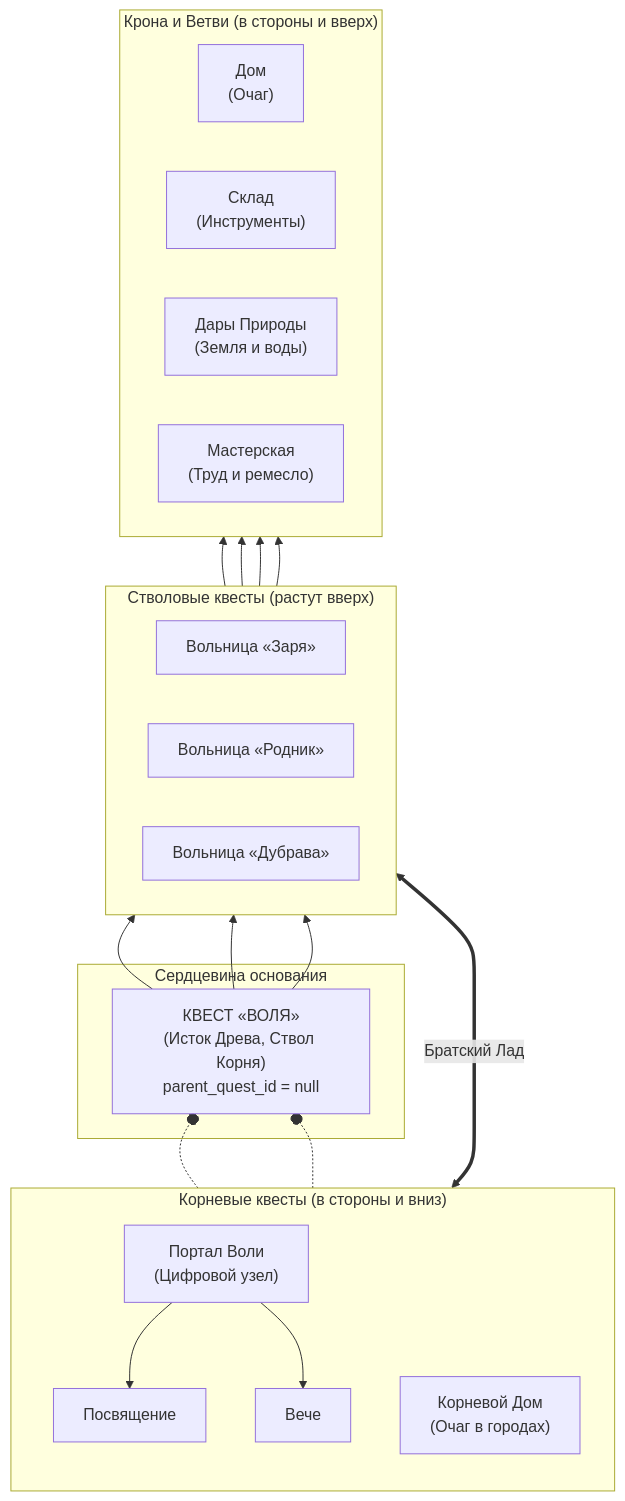
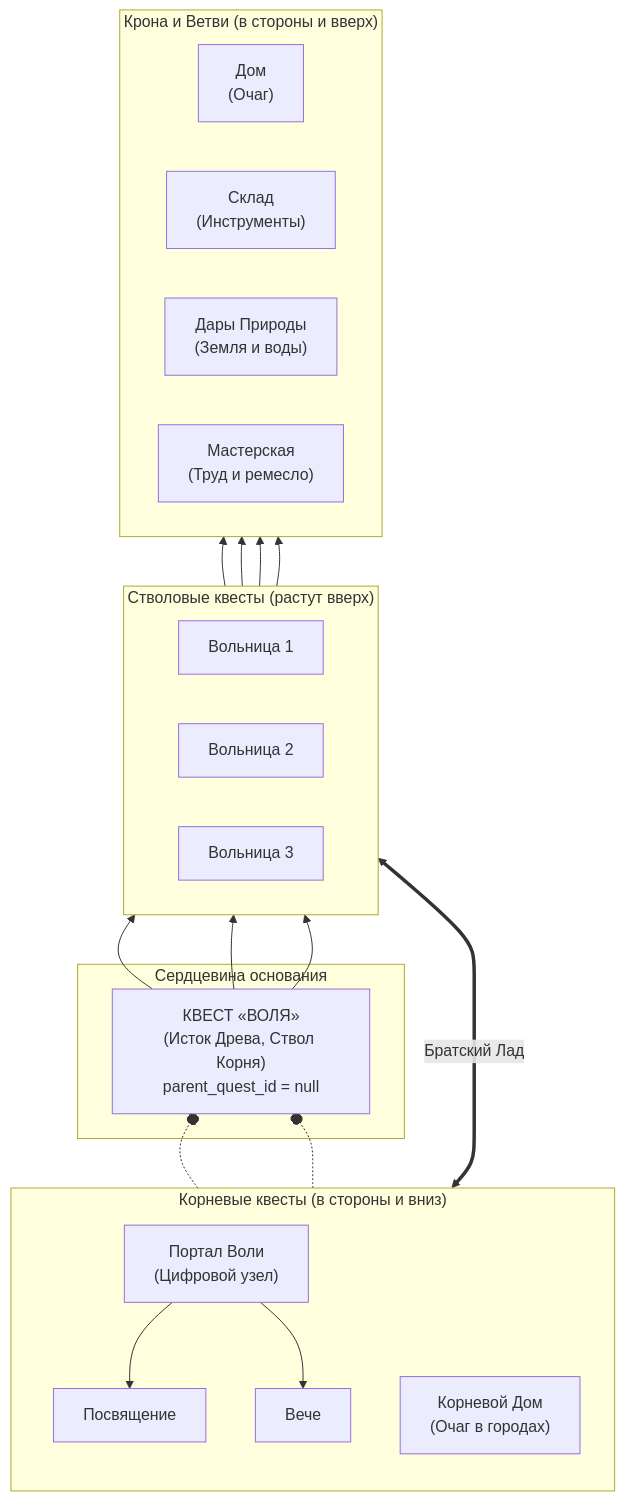
One commit to sigom-unicorn/Volya changed the fourth of 4 diagrams in Манифест Воли.md. Above: the diagram before and after it, drawn with Mermaid.

Commit message:
fix(manifest): нейтральные обозначения Вольница 1, 2, 3 вместо вымышленных имен

````diff
--- a/Манифест Воли.md
+++ b/Манифест Воли.md
@@ -208,45 +208,45 @@
 ```mermaid
 flowchart BT
     subgraph KRONA["Крона и Ветви (в стороны и вверх)"]
         direction LR
         D["Дом<br/>(Очаг)"]
         SK["Склад<br/>(Инструменты)"]
         DP["Дары Природы<br/>(Земля и воды)"]
         M["Мастерская<br/>(Труд и ремесло)"]
     end
 
     subgraph STVOLY["Стволовые квесты (растут вверх)"]
         direction LR
-        VOL1["Вольница «Заря»"]
-        VOL2["Вольница «Родник»"]
-        VOL3["Вольница «Дубрава»"]
+        VOL1["Вольница 1"]
+        VOL2["Вольница 2"]
+        VOL3["Вольница 3"]
     end
 
     subgraph ISTOK["Сердцевина основания"]
         V["КВЕСТ «ВОЛЯ»<br/>(Исток Древа, Ствол Корня)<br/>parent_quest_id = null"]
     end
 
     subgraph KORNI["Корневые квесты (в стороны и вниз)"]
         direction TB
         PV["Портал Воли<br/>(Цифровой узел)"]
         P["Посвящение"]
         VE["Вече"]
         KD["Корневой Дом<br/>(Очаг в городах)"]
         PV --> P
         PV --> VE
     end
 
     %% Рост вверх к свету
     V --> VOL1
     V --> VOL2
     V --> VOL3
     VOL1 --> D
     VOL2 --> SK
     VOL2 --> DP
     VOL3 --> M
 
     %% Корни уходят вниз от Воли
     PV -.-o V
     KD -.-o V
     KD <===>|"Братский Лад"| VOL1
 ```
````
